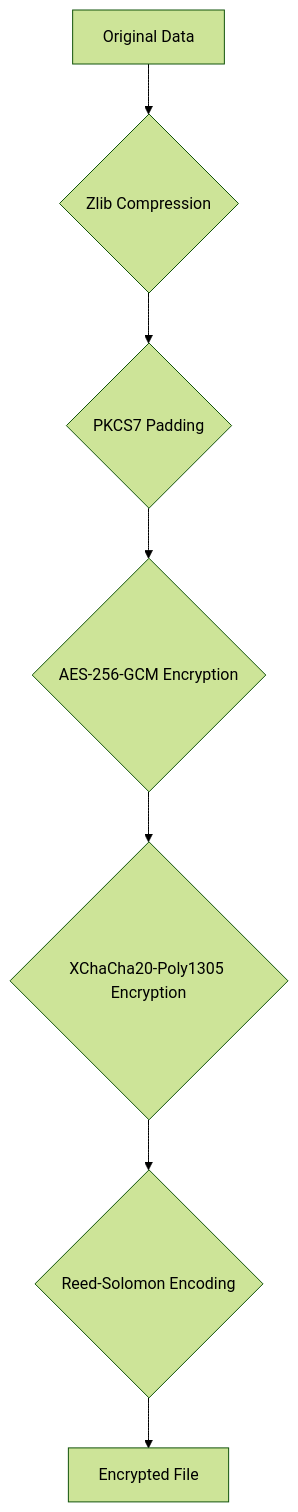
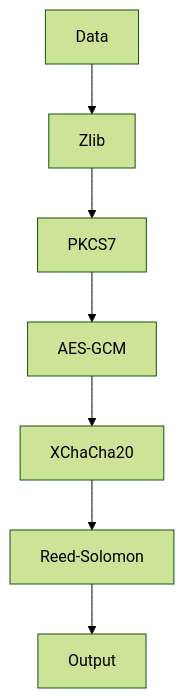
The first of 2 diagrams in README.md (hambosto/sweetbyte), drawn with Mermaid (forest theme) before and after one commit.

Commit message:
docs: shorten encryption flow diagram labels

````diff
--- a/README.md
+++ b/README.md
@@ -59,9 +59,9 @@
 ```mermaid
 graph TD
-    A[Original Data] --> B{Zlib Compression};
-    B --> C{PKCS7 Padding};
-    C --> D{AES-256-GCM Encryption};
-    D --> E{XChaCha20-Poly1305 Encryption};
-    E --> F{Reed-Solomon Encoding};
-    F --> G[Encrypted File];
+    A[Data] --> B[Zlib]
+    B --> C[PKCS7]
+    C --> D[AES-GCM]
+    D --> E[XChaCha20]
+    E --> F[Reed-Solomon]
+    F --> G[Output]
 ```
````
